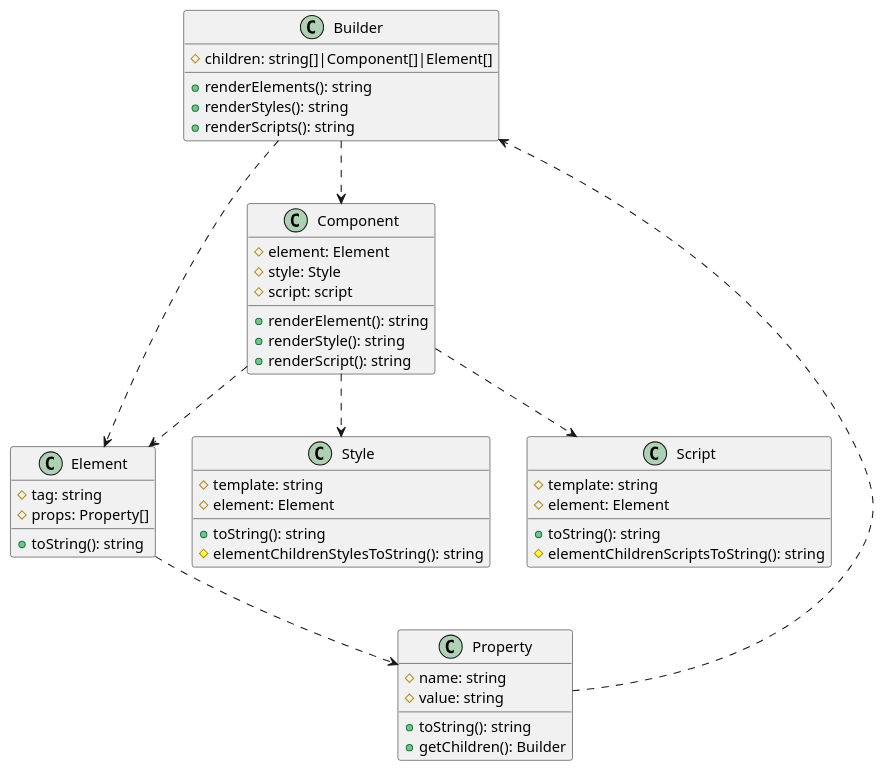
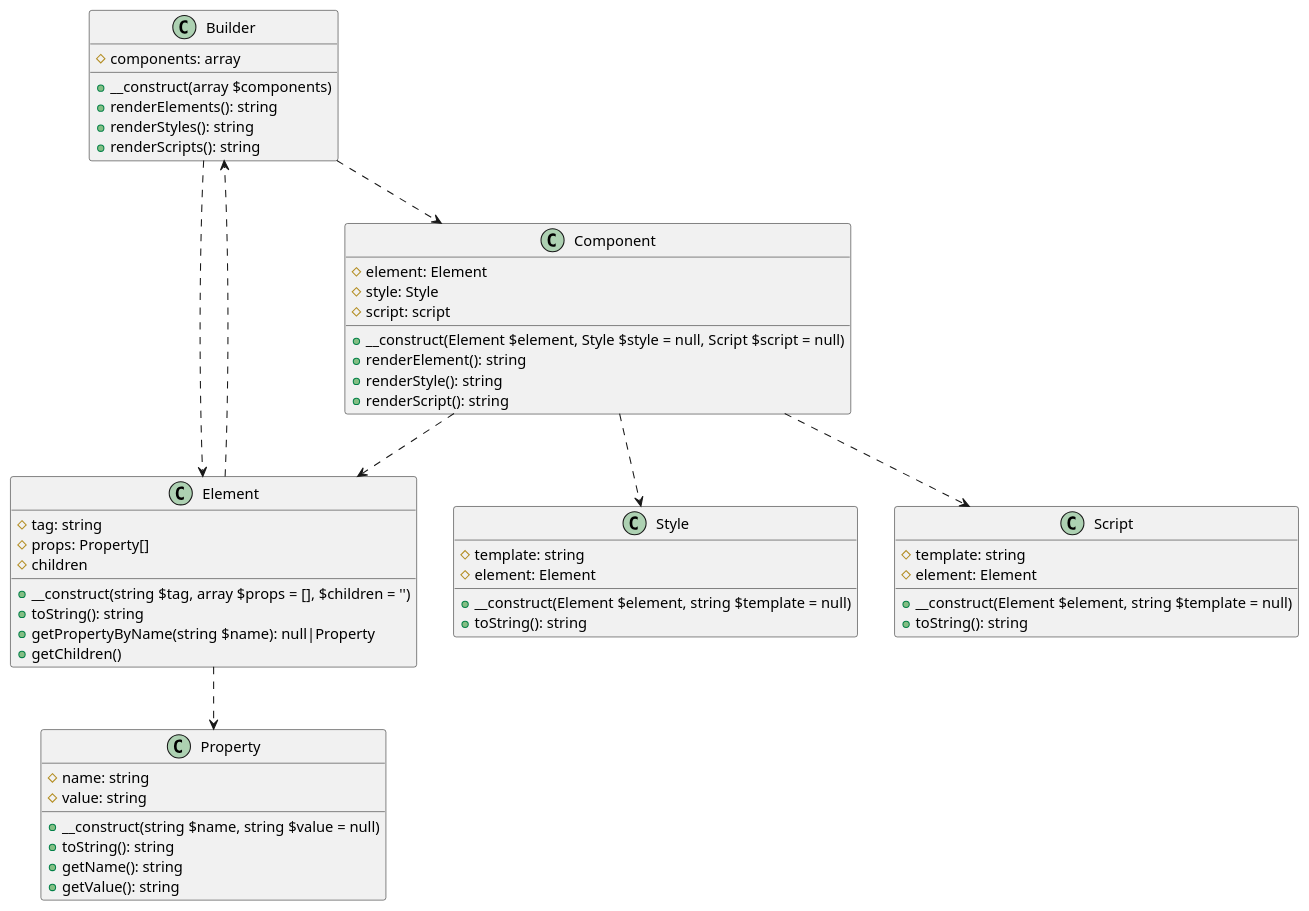
Before and after one commit to LSVH/ssr-components: the diagram in docs/architecture.md, drawn with PlantUML. The commit also changed other lines of this file, not shown here.

Commit message:
Updated diagram

````diff
--- a/docs/architecture.md
+++ b/docs/architecture.md
@@ -21,54 +21,62 @@
 ```plantuml:main-class-diagram
 class Builder {
-    # children: string[]|Component[]|Element[]
+    # components: array
+    + __construct(array $components)
     + renderElements(): string
     + renderStyles(): string
     + renderScripts(): string
 }
 
 class Component {
     # element: Element
     # style: Style
     # script: script
+    + __construct(Element $element, Style $style = null, Script $script = null)
     + renderElement(): string
     + renderStyle(): string
     + renderScript(): string
 }
 
 class Element {
     # tag: string
     # props: Property[]
+    # children
+    + __construct(string $tag, array $props = [], $children = '')
     + toString(): string
+    + getPropertyByName(string $name): null|Property
+    + getChildren()
 }
 
 class Property {
     # name: string
     # value: string
+    + __construct(string $name, string $value = null)
     + toString(): string
-    + getChildren(): Builder
+    + getName(): string
+    + getValue(): string
 }
 
 class Style {
     # template: string
     # element: Element
+    + __construct(Element $element, string $template = null)
     + toString(): string
-    # elementChildrenStylesToString(): string
 }
 
 class Script {
     # template: string
     # element: Element
+    + __construct(Element $element, string $template = null)
     + toString(): string
-    # elementChildrenScriptsToString(): string
 }
 
 Builder ..> Component
 Builder ..> Element
 Component ..> Element
 Component ..> Style
 Component ..> Script
 Element ..> Property
-Property ..> Builder
+Element ..> Builder
 
 @enduml
 ```
````
